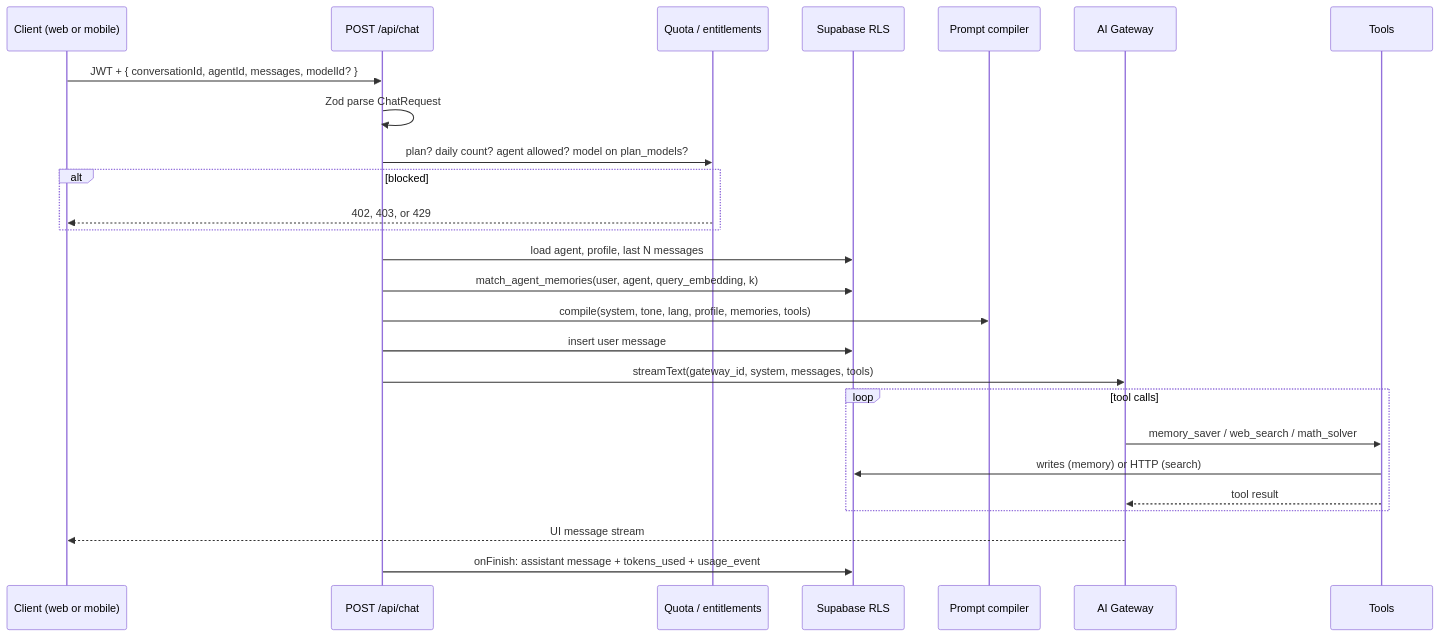
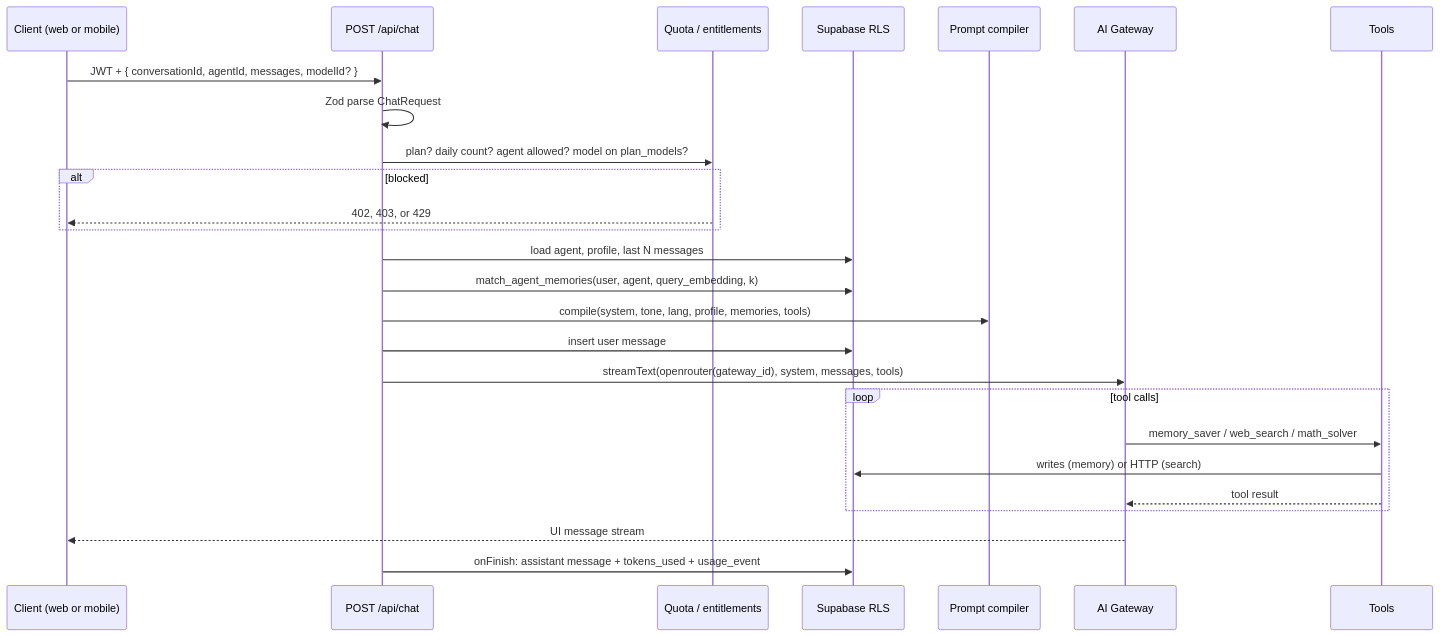
Before and after one commit to tara-bisht/maya-chat: the second of 2 diagrams in docs/technical-plan.md, drawn with Mermaid. The commit also changed other lines of this file and 134 other files, not shown here.

````diff
--- a/docs/technical-plan.md
+++ b/docs/technical-plan.md
@@ -118,29 +118,29 @@
 ```mermaid
 sequenceDiagram
     participant U as Client (web or mobile)
     participant C as POST /api/chat
     participant Q as Quota / entitlements
     participant DB as Supabase RLS
     participant P as Prompt compiler
     participant M as AI Gateway
     participant T as Tools
 
     U->>C: JWT + { conversationId, agentId, messages, modelId? }
     C->>C: Zod parse ChatRequest
     C->>Q: plan? daily count? agent allowed? model on plan_models?
     alt blocked
         Q-->>U: 402, 403, or 429
     end
     C->>DB: load agent, profile, last N messages
     C->>DB: match_agent_memories(user, agent, query_embedding, k)
     C->>P: compile(system, tone, lang, profile, memories, tools)
     C->>DB: insert user message
-    C->>M: streamText(gateway_id, system, messages, tools)
+    C->>M: streamText(openrouter(gateway_id), system, messages, tools)
     loop tool calls
         M->>T: memory_saver / web_search / math_solver
         T->>DB: writes (memory) or HTTP (search)
         T-->>M: tool result
     end
     M-->>U: UI message stream
     C->>DB: onFinish: assistant message + tokens_used + usage_event
 ```
````
